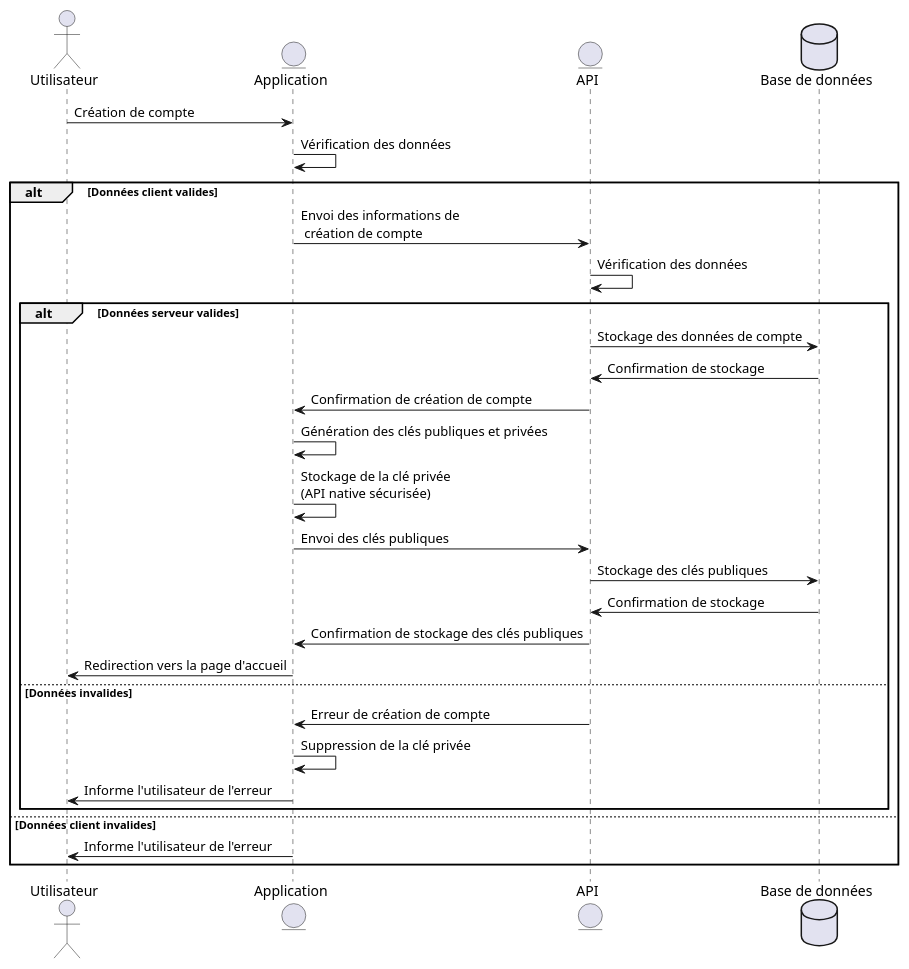
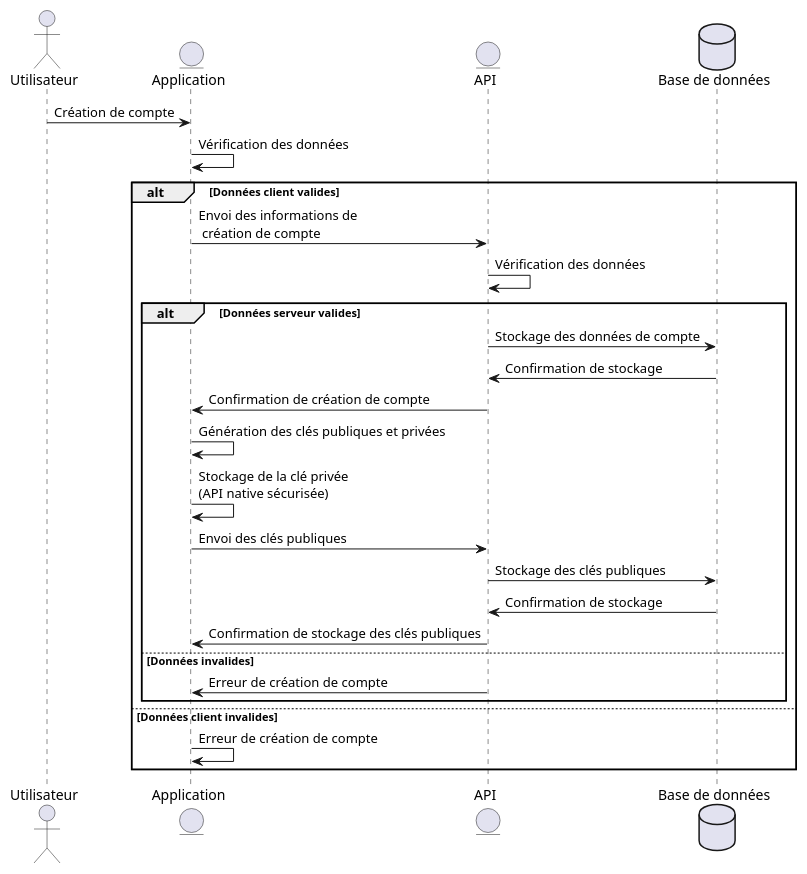
The diagram in docs/assets/diagrams/src/login-sequence.puml (nezia1/missive-documentation), drawn with PlantUML before and after one commit.

Commit message:
update diagram to not include use case

```diff
--- a/docs/assets/diagrams/src/login-sequence.puml
+++ b/docs/assets/diagrams/src/login-sequence.puml
@@ -1,31 +1,28 @@
 @startuml login-sequence
 actor Utilisateur as User
 entity "Application" as Client
 entity API
 database "Base de données" as Database
 
 User -> Client : Création de compte
 Client -> Client : Vérification des données 
 alt Données client valides
     Client -> API : Envoi des informations de\n création de compte
     API -> API : Vérification des données
     alt Données serveur valides 
         API -> Database : Stockage des données de compte
         Database -> API : Confirmation de stockage
         API -> Client : Confirmation de création de compte
         Client -> Client : Génération des clés publiques et privées
         Client -> Client : Stockage de la clé privée\n(API native sécurisée)
         Client -> API : Envoi des clés publiques
         API -> Database : Stockage des clés publiques
         Database -> API : Confirmation de stockage
         API -> Client : Confirmation de stockage des clés publiques
-        Client -> User : Redirection vers la page d'accueil
     else Données invalides 
         API -> Client : Erreur de création de compte
-        Client -> Client : Suppression de la clé privée
-        Client -> User : Informe l'utilisateur de l'erreur
     end
 else Données client invalides 
-    Client -> User : Informe l'utilisateur de l'erreur
+    Client -> Client : Erreur de création de compte
 end
 @enduml
```
